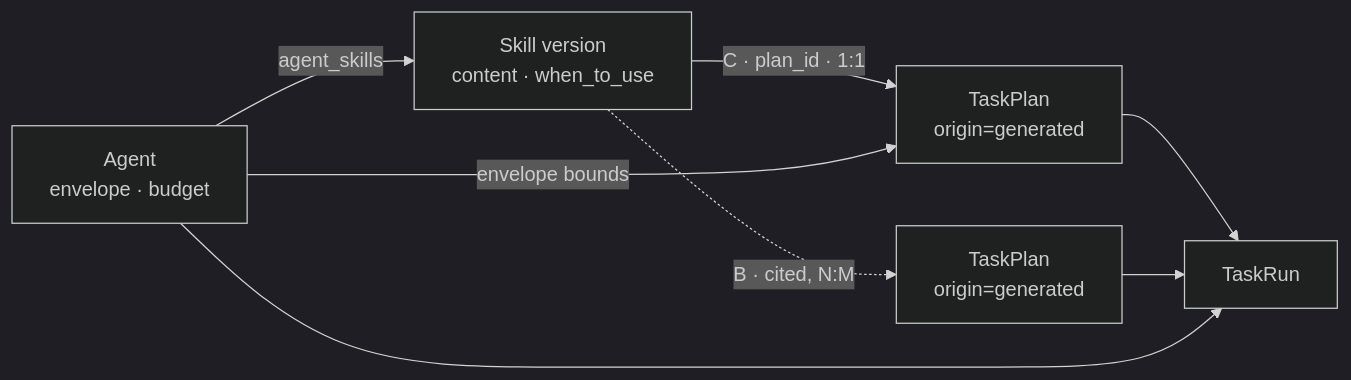
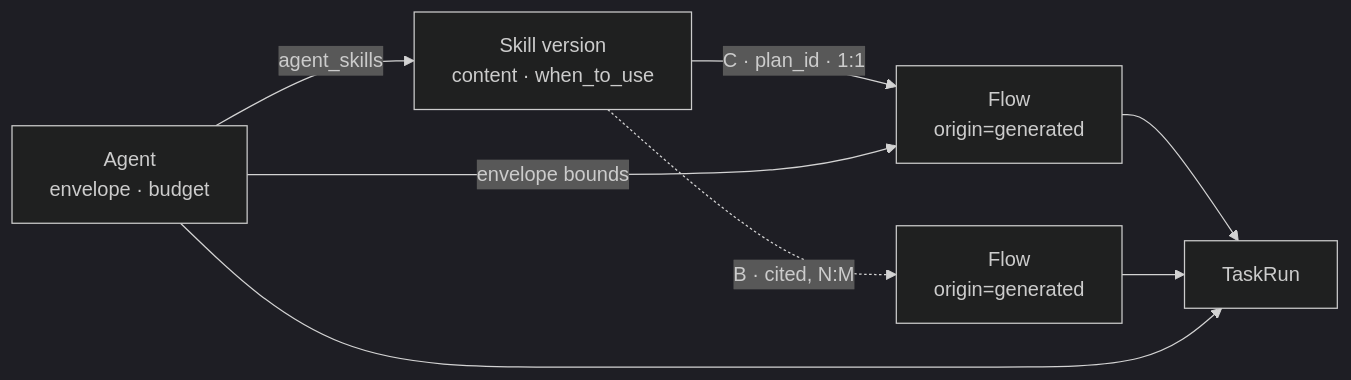
The sixth of 7 diagrams in docs/for-developers/orchestration.md (invana/invana), drawn with Mermaid (dark theme) before and after one commit. The commit also changed other lines of this file and 568 other files, not shown here.

````diff
--- a/docs/for-developers/orchestration.md
+++ b/docs/for-developers/orchestration.md
@@ -657,16 +657,16 @@
 ```mermaid
 flowchart LR
     SK["Skill version<br/>content · when_to_use"]
-    PL["TaskPlan<br/>origin=generated"]
-    GEN["TaskPlan<br/>origin=generated"]
+    PL["Flow<br/>origin=generated"]
+    GEN["Flow<br/>origin=generated"]
     AG["Agent<br/>envelope · budget"]
     RUN["TaskRun"]
 
     SK -->|"C · plan_id · 1:1"| PL
     SK -.->|"B · cited, N:M"| GEN
     AG -->|agent_skills| SK
     AG -->|"envelope bounds"| PL
     PL --> RUN
     GEN --> RUN
     AG --> RUN
 ```
````
